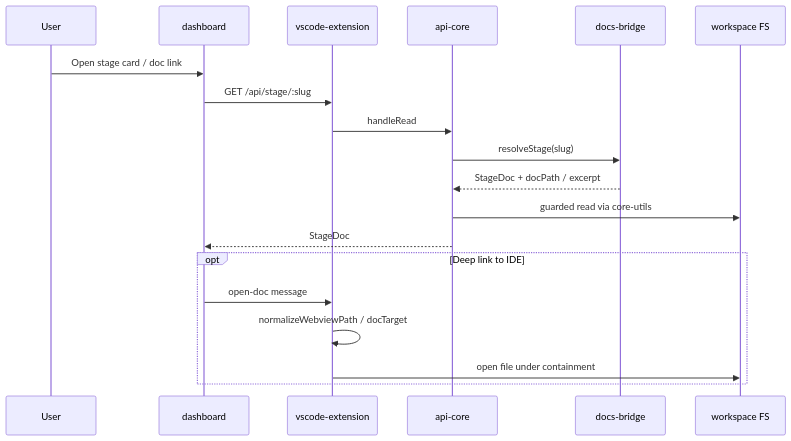
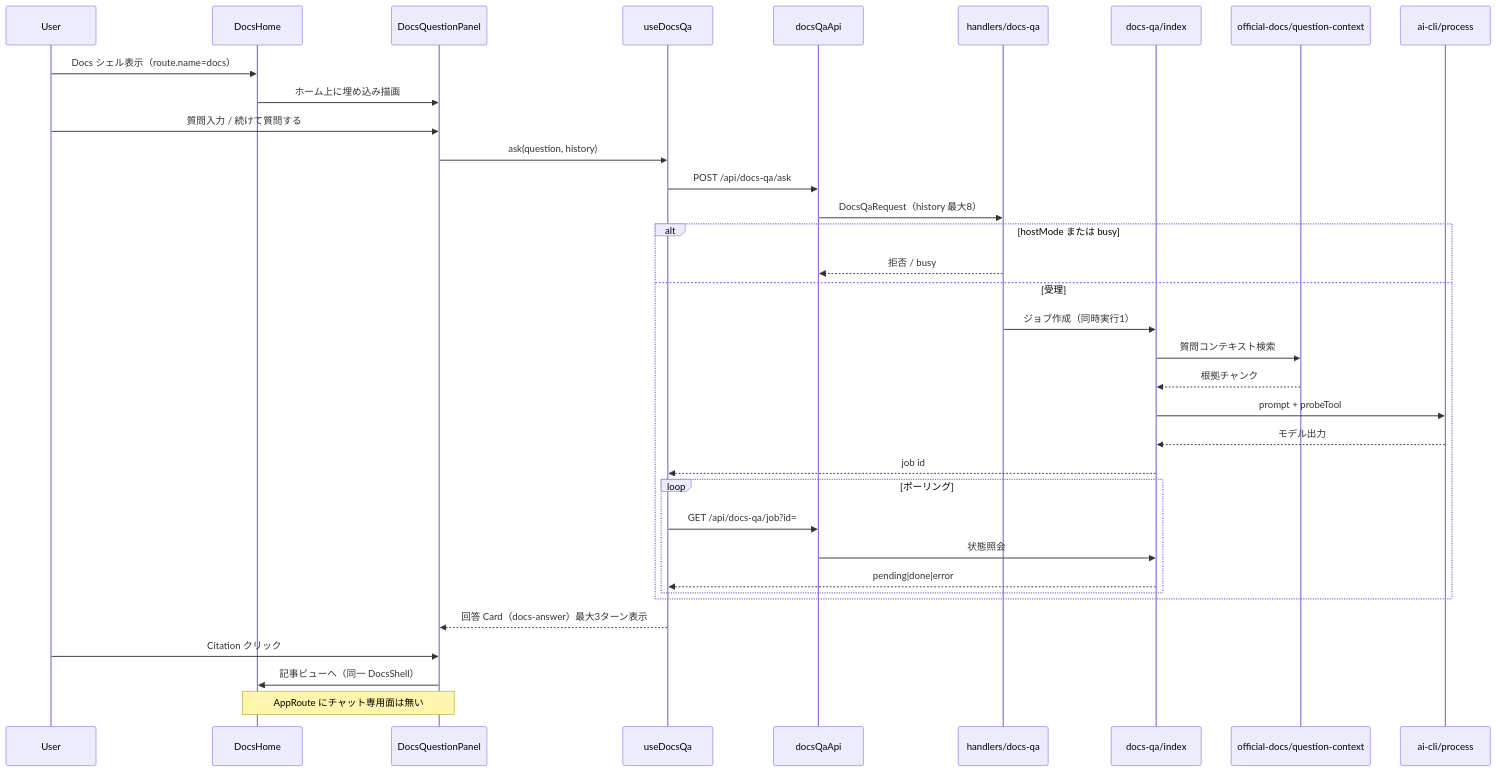
One commit to otomatty/aidlc-guide changed the second of 2 diagrams in aidlc/spaces/default/codekb/aidlc-guide/architecture.md. Above: the diagram before and after it, drawn with Mermaid. The commit also changed other lines of this file and 122 other files, not shown here.

````diff
--- a/aidlc/spaces/default/codekb/aidlc-guide/architecture.md
+++ b/aidlc/spaces/default/codekb/aidlc-guide/architecture.md
@@ -137,22 +86,38 @@
 ```mermaid
 sequenceDiagram
   participant User
-  participant Dash as dashboard
-  participant Host as vscode-extension
-  participant API as api-core
-  participant Bridge as docs-bridge
-  participant FS as workspace FS
+  participant Home as DocsHome
+  participant Panel as DocsQuestionPanel
+  participant Hook as useDocsQa
+  participant Client as docsQaApi
+  participant HAsk as handlers/docs-qa
+  participant Jobs as docs-qa/index
+  participant Ctx as official-docs/question-context
+  participant CLI as ai-cli/process
 
-  User->>Dash: Open stage card / doc link
-  Dash->>Host: GET /api/stage/:slug
-  Host->>API: handleRead
-  API->>Bridge: resolveStage(slug)
-  Bridge-->>API: StageDoc + docPath / excerpt
-  API->>FS: guarded read via core-utils
-  API-->>Dash: StageDoc
-  opt Deep link to IDE
-    Dash->>Host: open-doc message
-    Host->>Host: normalizeWebviewPath / docTarget
-    Host->>FS: open file under containment
+  User->>Home: Docs シェル表示（route.name=docs）
+  Home->>Panel: ホーム上に埋め込み描画
+  User->>Panel: 質問入力 / 続けて質問する
+  Panel->>Hook: ask(question, history)
+  Hook->>Client: POST /api/docs-qa/ask
+  Client->>HAsk: DocsQaRequest（history 最大8）
+  alt hostMode または busy
+    HAsk-->>Client: 拒否 / busy
+  else 受理
+    HAsk->>Jobs: ジョブ作成（同時実行1）
+    Jobs->>Ctx: 質問コンテキスト検索
+    Ctx-->>Jobs: 根拠チャンク
+    Jobs->>CLI: prompt + probeTool
+    CLI-->>Jobs: モデル出力
+    Jobs-->>Hook: job id
+    loop ポーリング
+      Hook->>Client: GET /api/docs-qa/job?id=
+      Client->>Jobs: 状態照会
+      Jobs-->>Hook: pending|done|error
+    end
   end
+  Hook-->>Panel: 回答 Card（docs-answer）最大3ターン表示
+  User->>Panel: Citation クリック
+  Panel->>Home: 記事ビューへ（同一 DocsShell）
+  Note over Home,Panel: AppRoute にチャット専用面は無い
 ```
````
